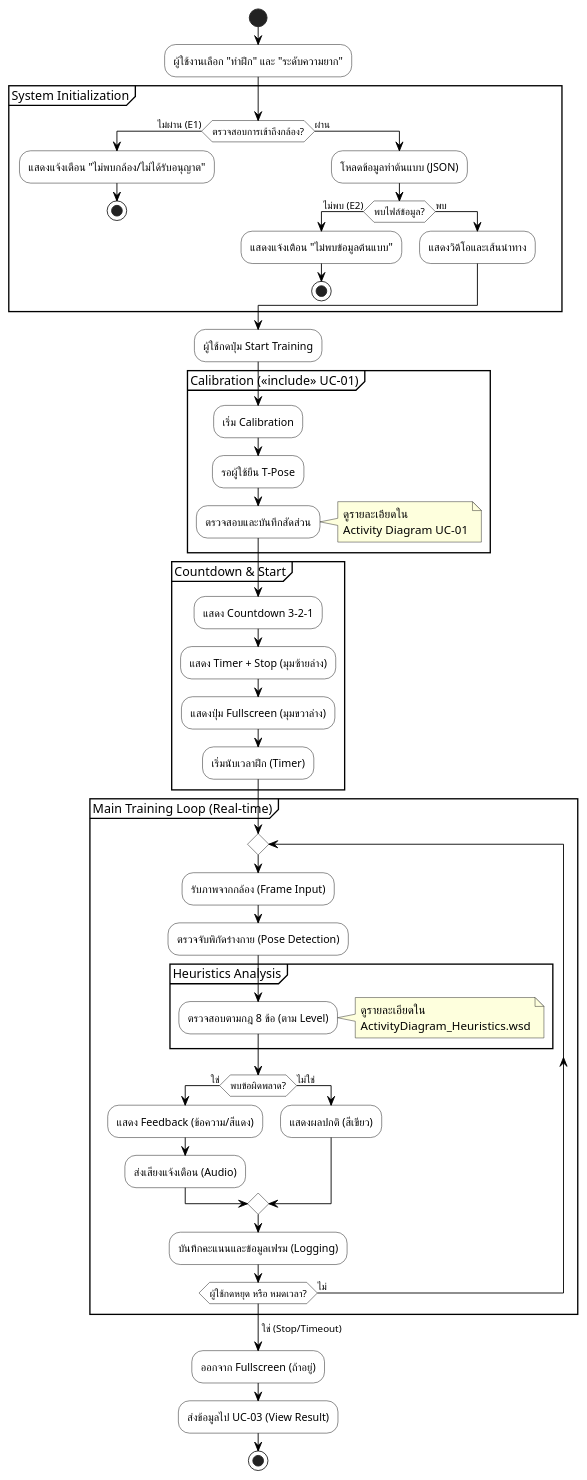
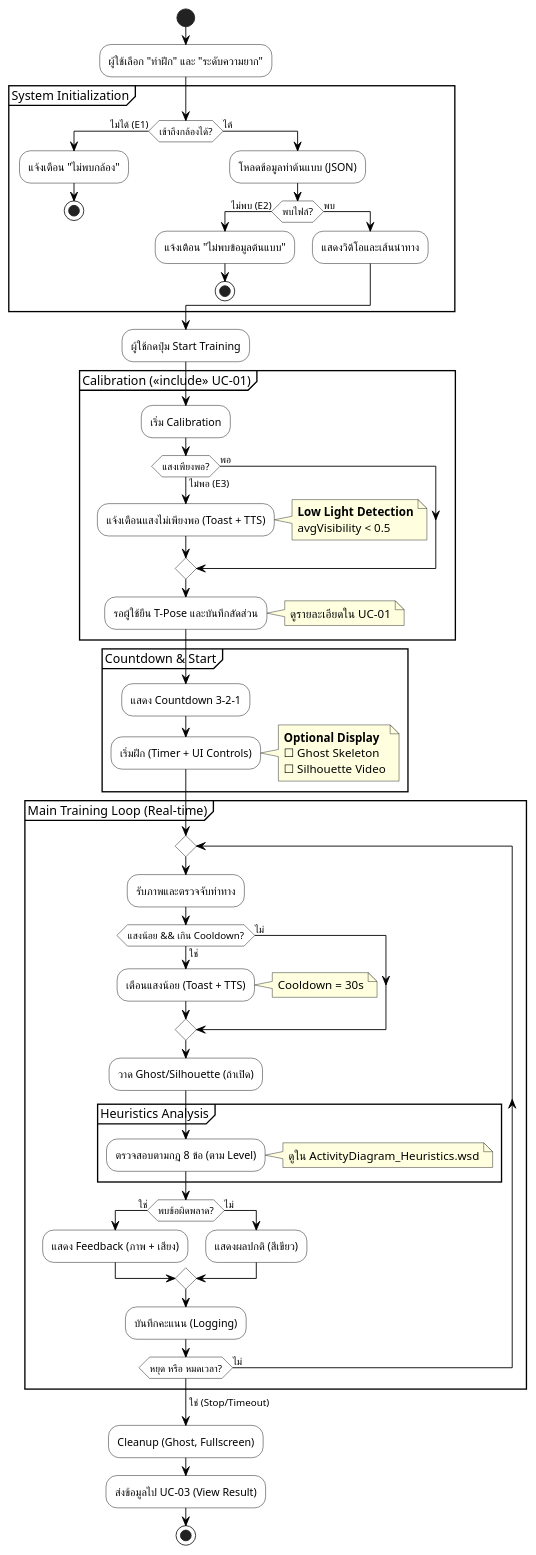
The diagram in docs/diagrams/ActivityDiagram_UC02.wsd (vyut/TaijiFlow), drawn with PlantUML before and after one commit. The commit also changed other lines of this file and 5 other files, not shown here.

Commit message:
Fixed diagrams and add gesture guide on overlay

```diff
--- a/docs/diagrams/ActivityDiagram_UC02.wsd
+++ b/docs/diagrams/ActivityDiagram_UC02.wsd
@@ -1,78 +1,99 @@
 @startuml TaijiFlow_Activity_Diagram_UC02
-' ตั้งค่า Font และ Style
+' ============================================================================
+' TaijiFlow AI - Activity Diagram: UC-02 Perform Training (v2.1 Simplified)
+' ============================================================================
+' อัปเดต: เพิ่ม Low Light Check, Ghost/Silhouette, รวม activities ให้กระชับ
+' อ้างอิง: script.js (lines 124-128, 1442, 1690-1720)
+' ============================================================================
+
 skinparam defaultFontName "sarabun"
 skinparam activity {
     BackgroundColor White
     BorderColor Black
     ArrowColor Black
 }
+skinparam note {
+    BackgroundColor LightYellow
+}
 
 start
 
-:ผู้ใช้งานเลือก "ท่าฝึก" และ "ระดับความยาก";
+:ผู้ใช้เลือก "ท่าฝึก" และ "ระดับความยาก";
 
 partition "System Initialization" {
-    if (ตรวจสอบการเข้าถึงกล้อง?) then (ไม่ผ่าน (E1))
-        :แสดงแจ้งเตือน "ไม่พบกล้อง/ไม่ได้รับอนุญาต";
+    if (เข้าถึงกล้องได้?) then (ไม่ได้ (E1))
+        :แจ้งเตือน "ไม่พบกล้อง";
         stop
-    else (ผ่าน)
+    else (ได้)
         :โหลดข้อมูลท่าต้นแบบ (JSON);
-        if (พบไฟล์ข้อมูล?) then (ไม่พบ (E2))
-            :แสดงแจ้งเตือน "ไม่พบข้อมูลต้นแบบ";
+        if (พบไฟล์?) then (ไม่พบ (E2))
+            :แจ้งเตือน "ไม่พบข้อมูลต้นแบบ";
             stop
         else (พบ)
             :แสดงวิดีโอและเส้นนำทาง;
         endif
     endif
 }
 
 :ผู้ใช้กดปุ่ม Start Training;
 
 partition "Calibration (<<include>> UC-01)" {
     :เริ่ม Calibration;
-    :รอผู้ใช้ยืน T-Pose;
-    :ตรวจสอบและบันทึกสัดส่วน;
-    note right
-        ดูรายละเอียดใน
-        Activity Diagram UC-01
-    end note
+    
+    if (แสงเพียงพอ?) then (ไม่พอ (E3))
+        :แจ้งเตือนแสงไม่เพียงพอ (Toast + TTS);
+        note right
+            **Low Light Detection**
+            avgVisibility < 0.5
+        end note
+    else (พอ)
+    endif
+    
+    :รอผู้ใช้ยืน T-Pose และบันทึกสัดส่วน;
+    note right: ดูรายละเอียดใน UC-01
 }
 
 partition "Countdown & Start" {
     :แสดง Countdown 3-2-1;
-    :แสดง Timer + Stop (มุมซ้ายล่าง);
-    :แสดงปุ่ม Fullscreen (มุมขวาล่าง);
-    :เริ่มนับเวลาฝึก (Timer);
+    :เริ่มฝึก (Timer + UI Controls);
+    note right
+        **Optional Display**
+        ☐ Ghost Skeleton
+        ☐ Silhouette Video
+    end note
 }
 
 partition "Main Training Loop (Real-time)" {
     repeat
-        :รับภาพจากกล้อง (Frame Input);
-        :ตรวจจับพิกัดร่างกาย (Pose Detection);
+        :รับภาพและตรวจจับท่าทาง;
+        
+        if (แสงน้อย && เกิน Cooldown?) then (ใช่)
+            :เตือนแสงน้อย (Toast + TTS);
+            note right: Cooldown = 30s
+        else (ไม่)
+        endif
+        
+        :วาด Ghost/Silhouette (ถ้าเปิด);
         
         partition "Heuristics Analysis" {
             :ตรวจสอบตามกฎ 8 ข้อ (ตาม Level);
-            note right
-                ดูรายละเอียดใน
-                ActivityDiagram_Heuristics.wsd
-            end note
+            note right: ดูใน ActivityDiagram_Heuristics.wsd
         }
 
         if (พบข้อผิดพลาด?) then (ใช่)
-            :แสดง Feedback (ข้อความ/สีแดง);
-            :ส่งเสียงแจ้งเตือน (Audio);
-        else (ไม่ใช่)
+            :แสดง Feedback (ภาพ + เสียง);
+        else (ไม่)
             :แสดงผลปกติ (สีเขียว);
         endif
 
-        :บันทึกคะแนนและข้อมูลเฟรม (Logging);
+        :บันทึกคะแนน (Logging);
 
-    repeat while (ผู้ใช้กดหยุด หรือ หมดเวลา?) is (ไม่)
+    repeat while (หยุด หรือ หมดเวลา?) is (ไม่)
     -> ใช่ (Stop/Timeout);
 }
 
-:ออกจาก Fullscreen (ถ้าอยู่);
+:Cleanup (Ghost, Fullscreen);
 :ส่งข้อมูลไป UC-03 (View Result);
 
 stop
 @enduml
```
